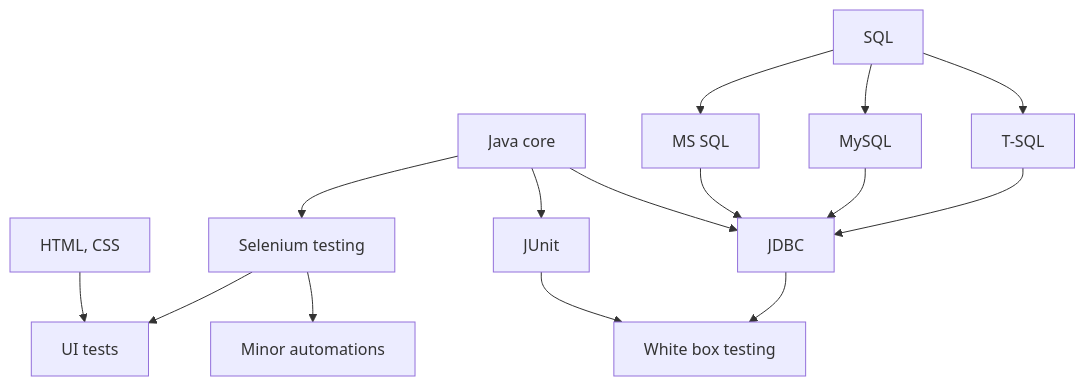
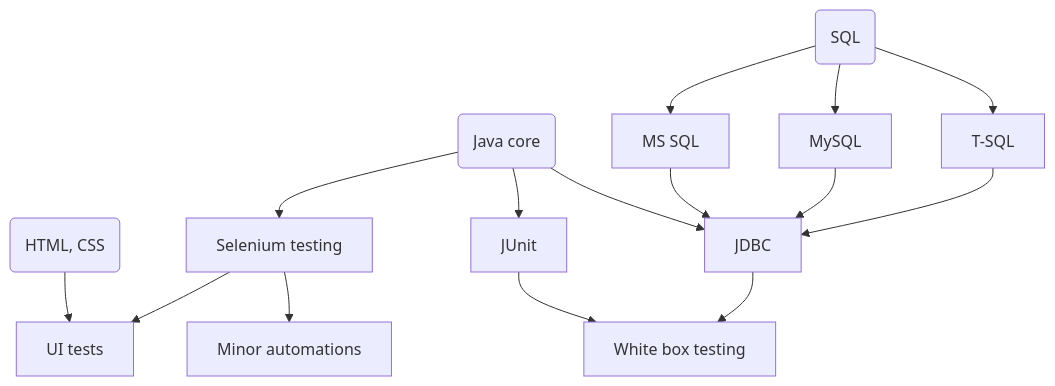
One commit to Eekain/Eekain changed the diagram in README.md. Above: the diagram before and after it, drawn with Mermaid.

````diff
--- a/README.md
+++ b/README.md
@@ -19,16 +19,16 @@
 ```mermaid
   graph TD;
-      D[HTML, CSS] --> E[UI tests];
-      A[Java core] --> B[Selenium testing];
+      D(HTML, CSS) --> E[UI tests];
+      A(Java core) --> B[Selenium testing];
       B --> E;
       B --> F[Minor automations];
-      C[SQL] --> H[MS SQL];
+      C(SQL) --> H[MS SQL];
       C --> I[MySQL];
       C --> J[T-SQL];
       A --> L[JUnit] --> K[White box testing];
       H --> G[JDBC];
       A --> G;
       I --> G;
       J --> G;
       G --> K;
 ```
````
